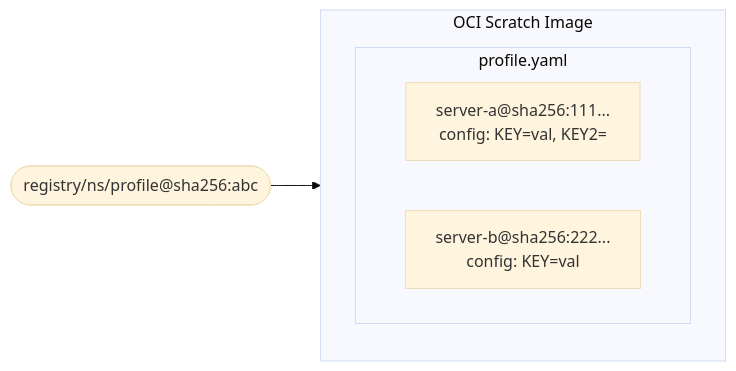
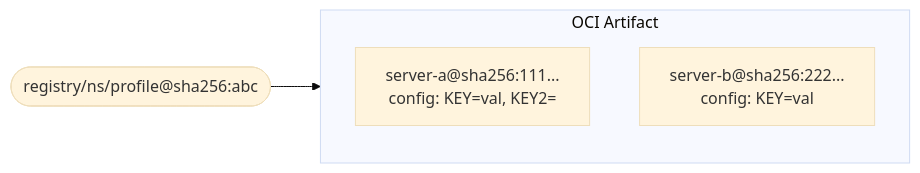
Before and after one commit to bobbyhouse/talks: the second of 3 diagrams in mcp-dev-summit-2026/slides.md, drawn with Mermaid (base theme). The commit also changed other lines of this file and 4 other files, not shown here.

````diff
--- a/mcp-dev-summit-2026/slides.md
+++ b/mcp-dev-summit-2026/slides.md
@@ -114,13 +116,11 @@
 ```mermaid
 flowchart LR
     Ref(["registry/ns/profile@sha256:abc"])
 
-    subgraph Image["OCI Scratch Image"]
-        subgraph Manifest["profile.yaml"]
-            S1["server-a@sha256:111...\nconfig: KEY=val, KEY2="]
-            S2["server-b@sha256:222...\nconfig: KEY=val"]
-        end
+    subgraph Image["OCI Artifact"]
+        S1["server-a@sha256:111...\nconfig: KEY=val, KEY2="]
+        S2["server-b@sha256:222...\nconfig: KEY=val"]
     end
 
     Ref --> Image
 ```
````
